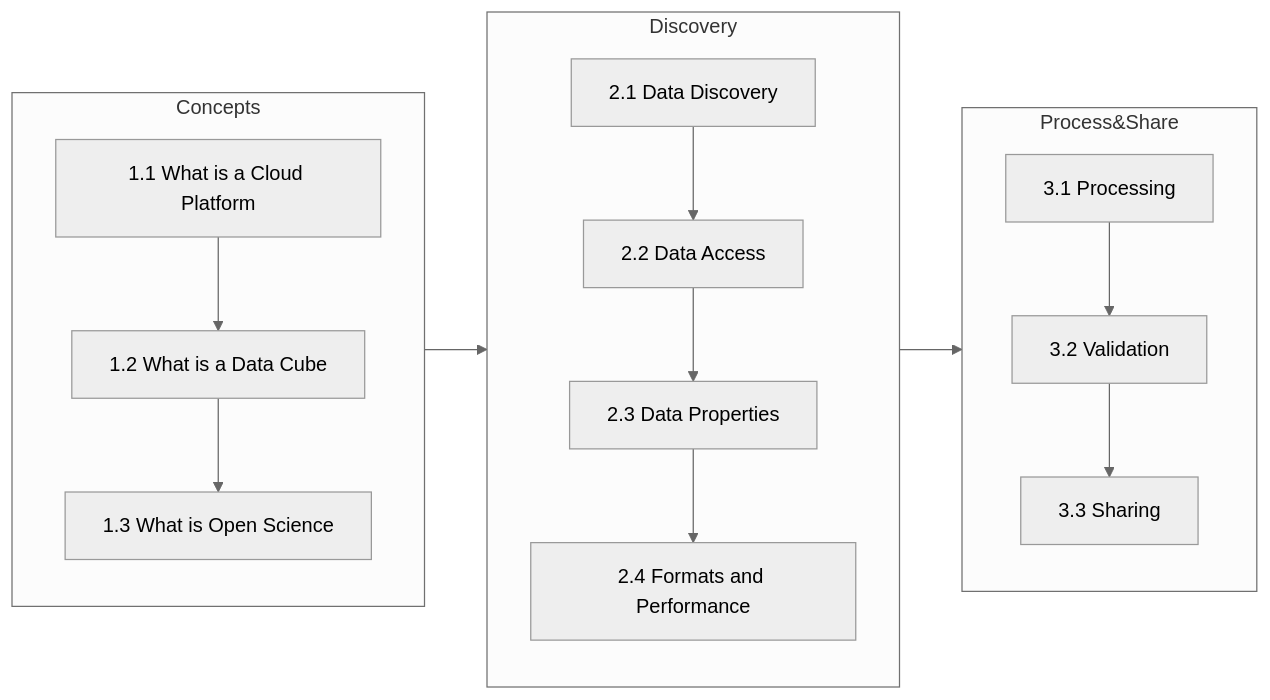
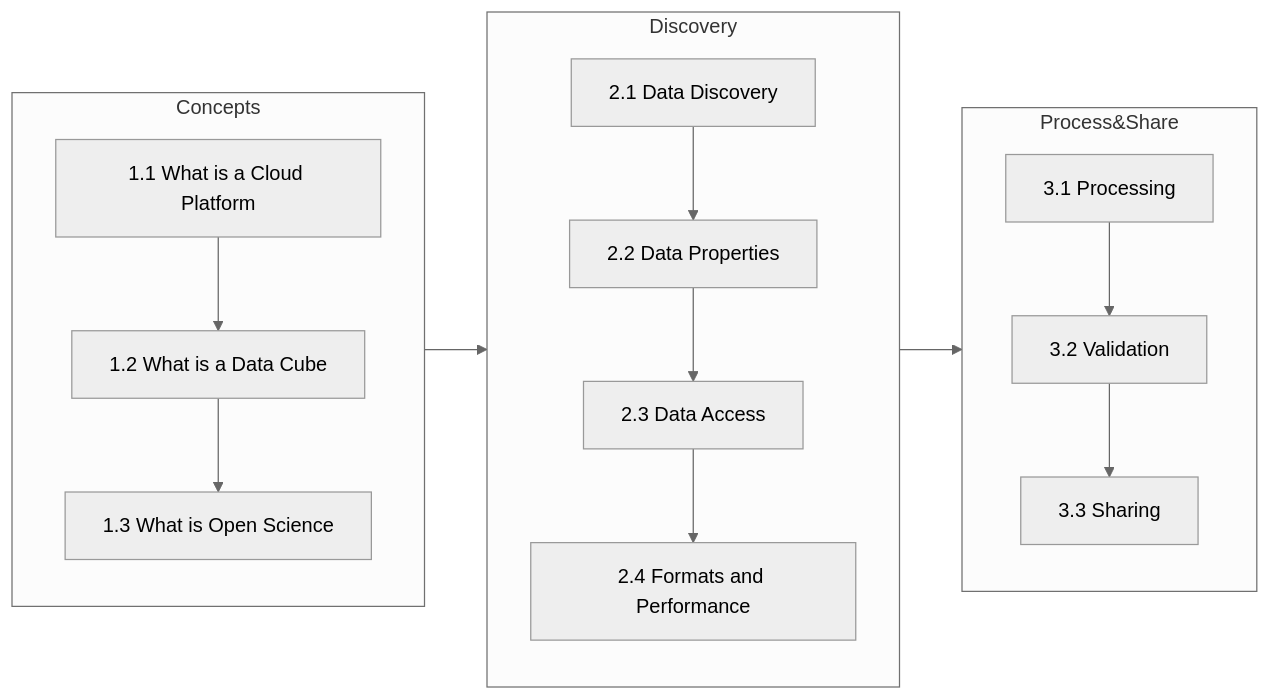
Before and after one commit to EO-College/cubes-and-clouds: the diagram in README.md, drawn with Mermaid (neutral theme).

````diff
--- a/README.md
+++ b/README.md
@@ -11,20 +11,20 @@
 ```mermaid
 flowchart LR
       subgraph Concepts
       A[1.1 What is a Cloud Platform]-->B[1.2 What is a Data Cube];
       B-->C[1.3 What is Open Science];
       end
       subgraph Discovery
-      D[2.1 Data Discovery]-->E[2.2 Data Access];
-      E-->F[2.3 Data Properties];
+      D[2.1 Data Discovery]-->E[2.2 Data Properties];
+      E-->F[2.3 Data Access];
       F-->G[2.4 Formats and Performance]
       end
       subgraph Process&Share
       H[3.1 Processing]-->I[3.2 Validation];
       I-->J[3.3 Sharing];
 
       end
       Concepts --> Discovery
       Discovery --> Process&Share
       
 ```
````
